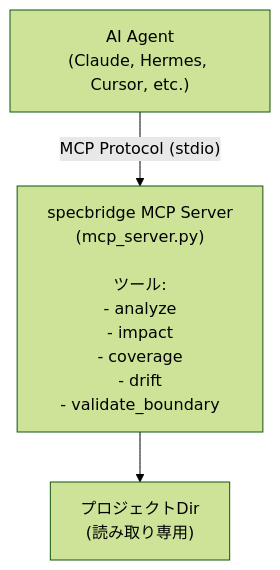
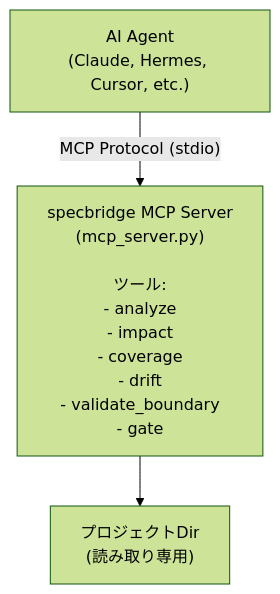
One commit to nekolife1984/specbridge changed the first of 2 diagrams in docs/ja/10-mcp-integration.md. Above: the diagram before and after it, drawn with Mermaid (forest theme). The commit also changed other lines of this file and 12 other files, not shown here.

First line of the commit message:
feat: specbridge coverage --gate — カバレッジゲートチェックコマンド追加 (#44)

````diff
--- a/docs/ja/10-mcp-integration.md
+++ b/docs/ja/10-mcp-integration.md
@@ -10,9 +10,9 @@
 ```mermaid
 flowchart TB
     AGENT["AI Agent<br/>(Claude, Hermes, Cursor, etc.)"]
-    MCP_SERV["specbridge MCP Server<br/>(mcp_server.py)<br/><br/>ツール:<br/>- analyze<br/>- impact<br/>- coverage<br/>- drift<br/>- validate_boundary"]
+    MCP_SERV["specbridge MCP Server<br/>(mcp_server.py)<br/><br/>ツール:<br/>- analyze<br/>- impact<br/>- coverage<br/>- drift<br/>- validate_boundary<br/>- gate"]
     PROJ["プロジェクトDir<br/>(読み取り専用)"]
 
     AGENT -->|"MCP Protocol (stdio)"| MCP_SERV
     MCP_SERV --> PROJ
 ```
````
